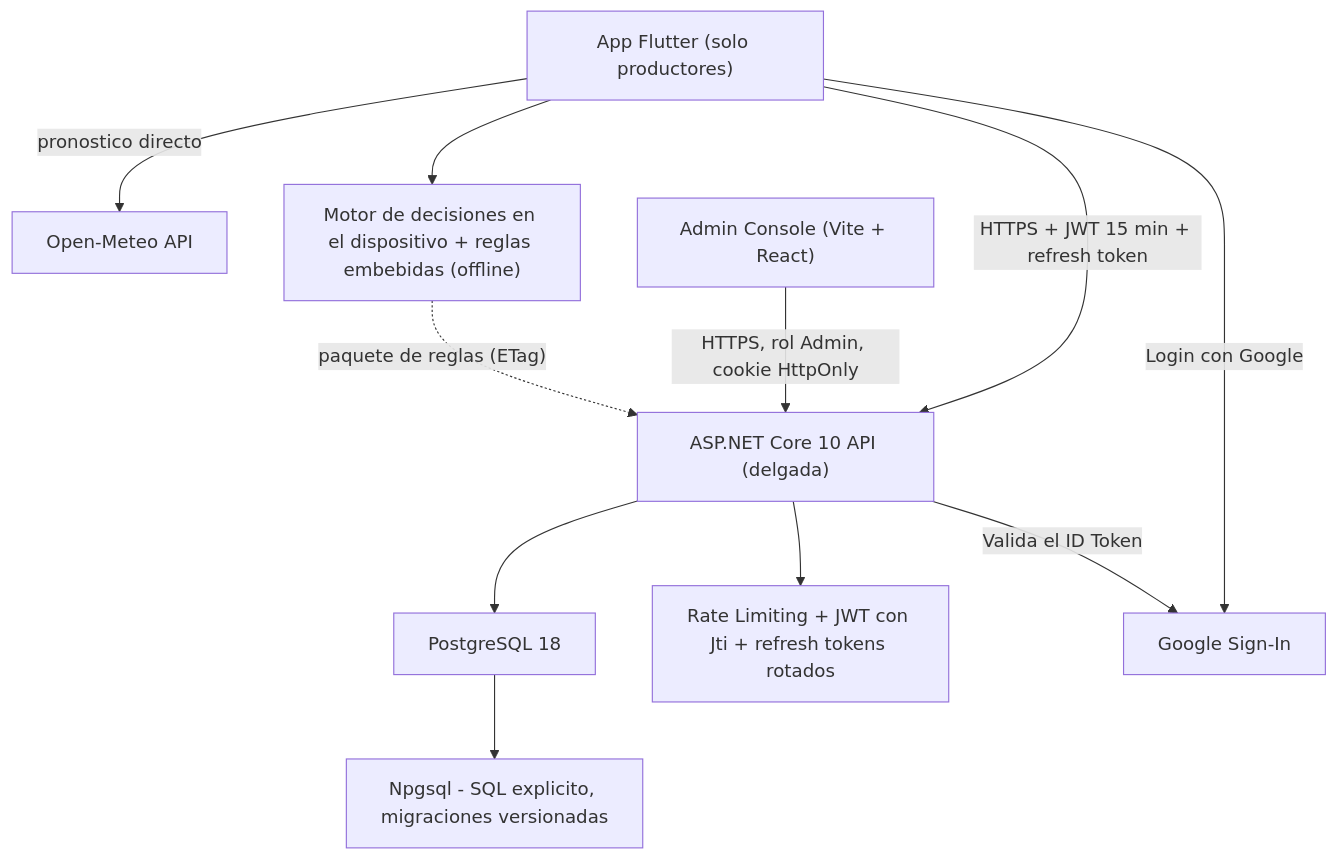
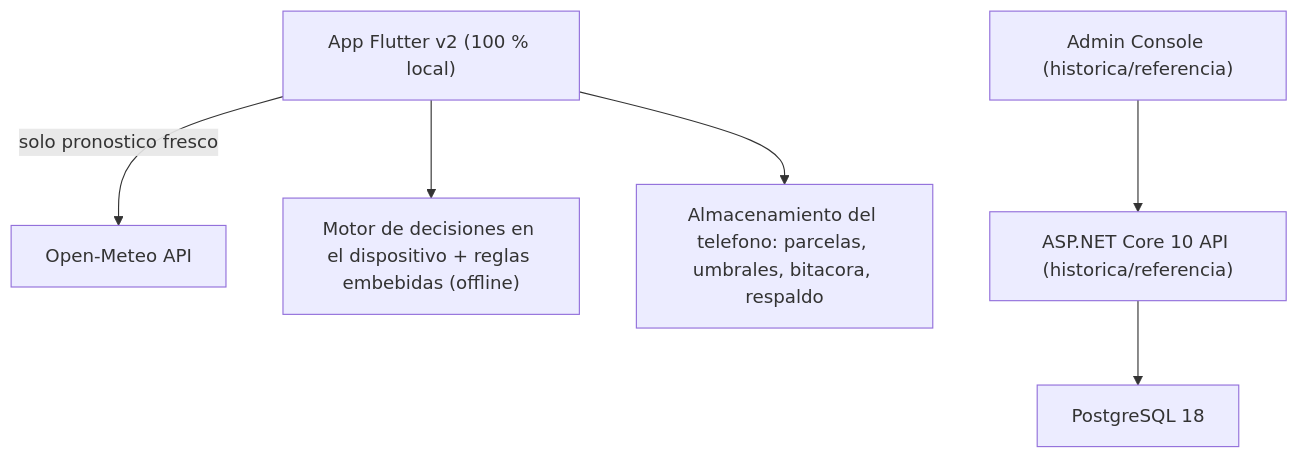
The diagram in README.es.md (Abemilek/CosechaClima), drawn with Mermaid before and after one commit. The commit also changed other lines of this file and 80 other files, not shown here.

First line of the commit message:
feat(mobile): convertir la app a local-first sin servidor

````diff
--- a/README.es.md
+++ b/README.es.md
@@ -61,13 +61,8 @@
 ```mermaid
 flowchart TD
-    A["App Flutter (solo productores)"] -->|"pronostico directo"| E["Open-Meteo API"]
+    A["App Flutter v2 (100 % local)"] -->|"solo pronostico fresco"| E["Open-Meteo API"]
     A --> M["Motor de decisiones en el dispositivo + reglas embebidas (offline)"]
-    A -->|"HTTPS + JWT 15 min + refresh token"| B["ASP.NET Core 10 API (delgada)"]
-    P["Admin Console (Vite + React)"] -->|"HTTPS, rol Admin, cookie HttpOnly"| B
-    M -.->|"paquete de reglas (ETag)"| B
-    B --> F["PostgreSQL 18"]
-    F --> G["Npgsql - SQL explicito, migraciones versionadas"]
-    B --> H["Rate Limiting + JWT con Jti + refresh tokens rotados"]
-    A -->|"Login con Google"| I["Google Sign-In"]
-    B -->|"Valida el ID Token"| I
+    A --> L["Almacenamiento del telefono: parcelas, umbrales, bitacora, respaldo"]
+    B["ASP.NET Core 10 API (historica/referencia)"] --> F["PostgreSQL 18"]
+    P["Admin Console (historica/referencia)"] --> B
 ```
````
